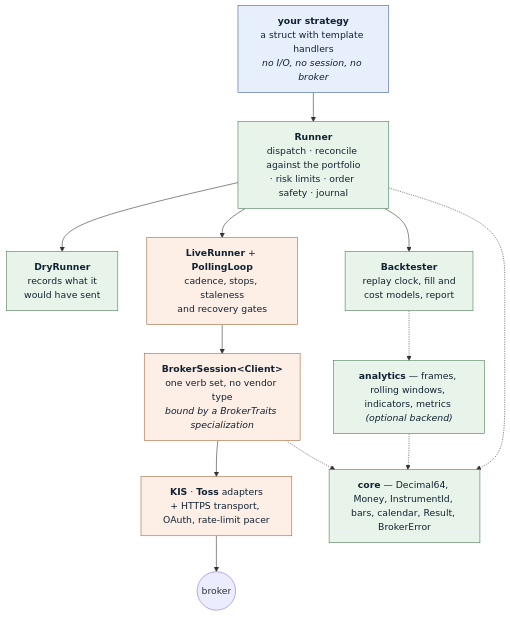
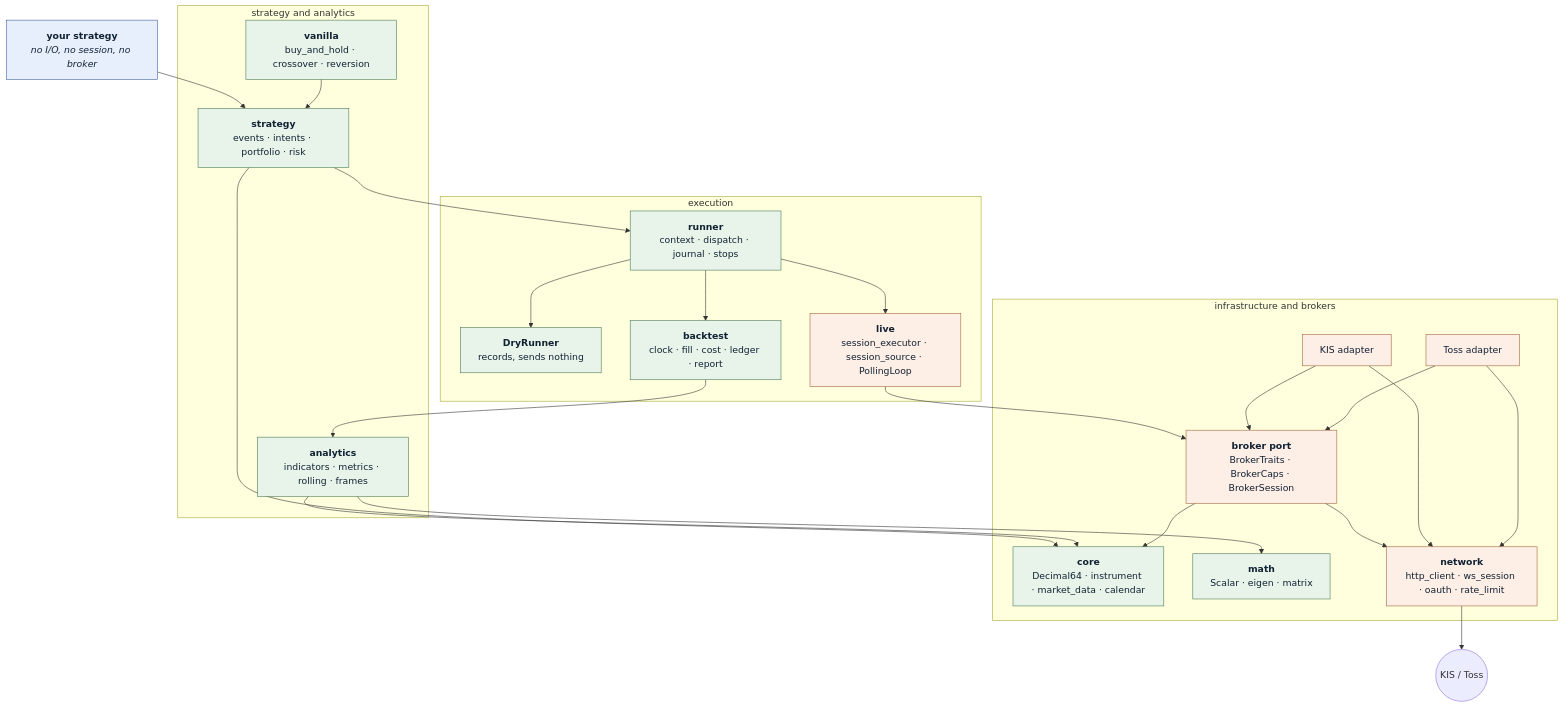
Before and after one commit to algotradelib/algotradelib: the diagram in README.md, drawn with Mermaid. The commit also changed other lines of this file, not shown here.

Commit message:
docs: operator review of the README -- trim installs, merge the diagram

````diff
--- a/README.md
+++ b/README.md
@@ -12,36 +12,54 @@
 ```mermaid
 graph TD
-  S["<b>your strategy</b><br/>a struct with template handlers<br/><i>no I/O, no session, no broker</i>"]
+  You["<b>your strategy</b><br/><i>no I/O, no session, no broker</i>"]
 
-  R["<b>Runner</b><br/>dispatch · reconcile against the portfolio<br/>· risk limits · order safety · journal"]
+  subgraph SA["strategy and analytics"]
+    StrategyCore["<b>strategy</b><br/>events · intents · portfolio · risk"]
+    Vanilla["<b>vanilla</b><br/>buy_and_hold · crossover · reversion"]
+    Analytics["<b>analytics</b><br/>indicators · metrics · rolling · frames"]
+  end
 
-  D["<b>DryRunner</b><br/>records what it<br/>would have sent"]
-  B["<b>Backtester</b><br/>replay clock, fill and<br/>cost models, report"]
-  L["<b>LiveRunner</b> + <b>PollingLoop</b><br/>cadence, stops, staleness<br/>and recovery gates"]
+  subgraph EX["execution"]
+    Runner["<b>runner</b><br/>context · dispatch · journal · stops"]
+    Dry["<b>DryRunner</b><br/>records, sends nothing"]
+    Backtest["<b>backtest</b><br/>clock · fill · cost · ledger · report"]
+    Live["<b>live</b><br/>session_executor · session_source · PollingLoop"]
+  end
 
-  P["<b>BrokerSession&lt;Client&gt;</b><br/>one verb set, no vendor type<br/><i>bound by a BrokerTraits specialization</i>"]
-  A["<b>KIS</b> · <b>Toss</b> adapters<br/>+ HTTPS transport, OAuth, rate-limit pacer"]
-  X(("broker"))
+  subgraph INF["infrastructure and brokers"]
+    Brokers["<b>broker port</b><br/>BrokerTraits · BrokerCaps · BrokerSession"]
+    KIS["KIS adapter"]
+    Toss["Toss adapter"]
+    Core["<b>core</b><br/>Decimal64 · instrument · market_data · calendar"]
+    Math["<b>math</b><br/>Scalar · eigen · matrix"]
+    Network["<b>network</b><br/>http_client · ws_session · oauth · rate_limit"]
+  end
 
-  C["<b>core</b> — Decimal64, Money, InstrumentId, bars, calendar, Result, BrokerError"]
-  N["<b>analytics</b> — frames, rolling windows, indicators, metrics <i>(optional backend)</i>"]
+  Venue(("KIS / Toss"))
 
-  S --> R
-  R --> D
-  R --> B
-  R --> L
-  L --> P
-  P --> A
-  A --> X
-  R -.-> C
-  B -.-> N
-  N -.-> C
-  P -.-> C
+  You --> StrategyCore
+  Vanilla --> StrategyCore
+  StrategyCore --> Core
+  StrategyCore --> Runner
+  Runner --> Dry
+  Runner --> Backtest
+  Runner --> Live
+  Backtest --> Analytics
+  Analytics --> Math
+  Analytics --> Core
+  Live --> Brokers
+  KIS --> Brokers
+  Toss --> Brokers
+  Brokers --> Core
+  Brokers --> Network
+  KIS --> Network
+  Toss --> Network
+  Network --> Venue
 
   classDef pure fill:#e8f4ea,stroke:#4a7a55,color:#123
   classDef io fill:#fdeee6,stroke:#a4663c,color:#123
   classDef you fill:#e7eefc,stroke:#3f5f9e,color:#123
-  class S you
-  class R,D,B,C,N pure
-  class L,P,A io
+  class You you
+  class StrategyCore,Vanilla,Analytics,Runner,Dry,Backtest,Core,Math pure
+  class Live,Brokers,KIS,Toss,Network io
 ```
````
